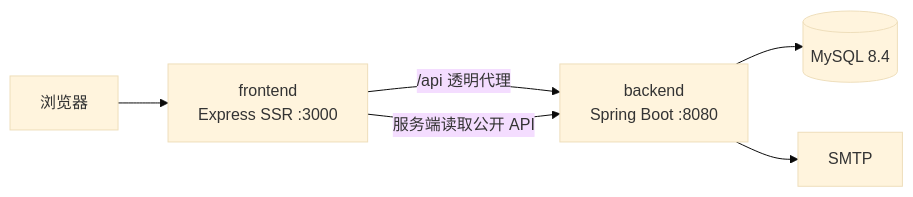
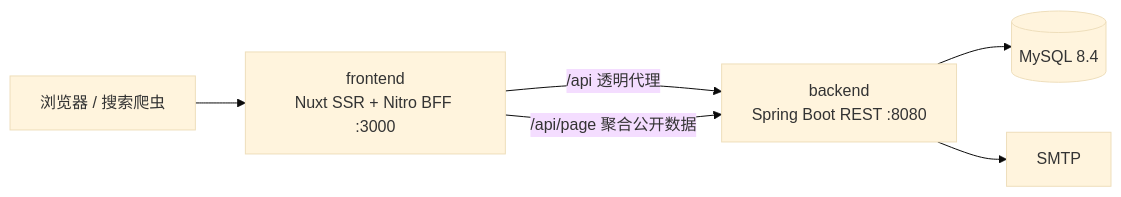
Before and after one commit to Xin-Felix/homepage: the diagram in docs/ARCHITECTURE.md, drawn with Mermaid (base theme). The commit also changed other lines of this file and 126 other files, not shown here.

Commit message:
refactor: migrate frontend and admin to Nuxt Vue

````diff
--- a/docs/ARCHITECTURE.md
+++ b/docs/ARCHITECTURE.md
@@ -5,8 +5,8 @@
 ```mermaid
 flowchart LR
-    U[浏览器] --> F[frontend\nExpress SSR :3000]
-    F -->|/api 透明代理| B[backend\nSpring Boot :8080]
-    F -->|服务端读取公开 API| B
+    U[浏览器 / 搜索爬虫] --> F[frontend\nNuxt SSR + Nitro BFF :3000]
+    F -->|/api 透明代理| B[backend\nSpring Boot REST :8080]
+    F -->|/api/page 聚合公开数据| B
     B --> D[(MySQL 8.4)]
     B --> M[SMTP]
 ```
````
